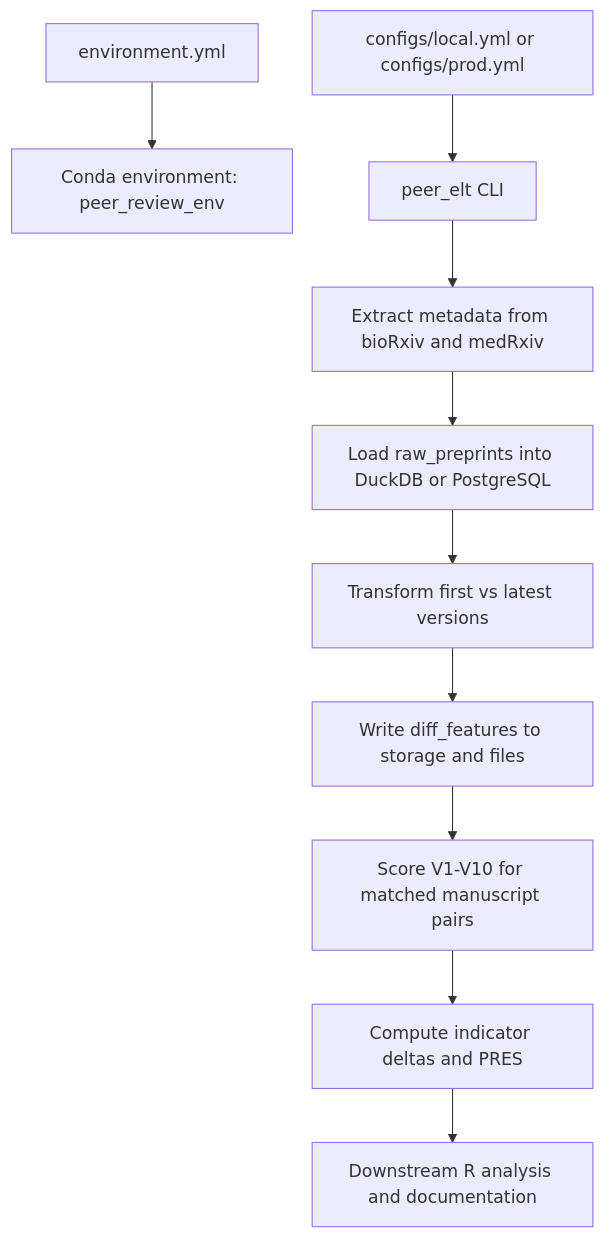
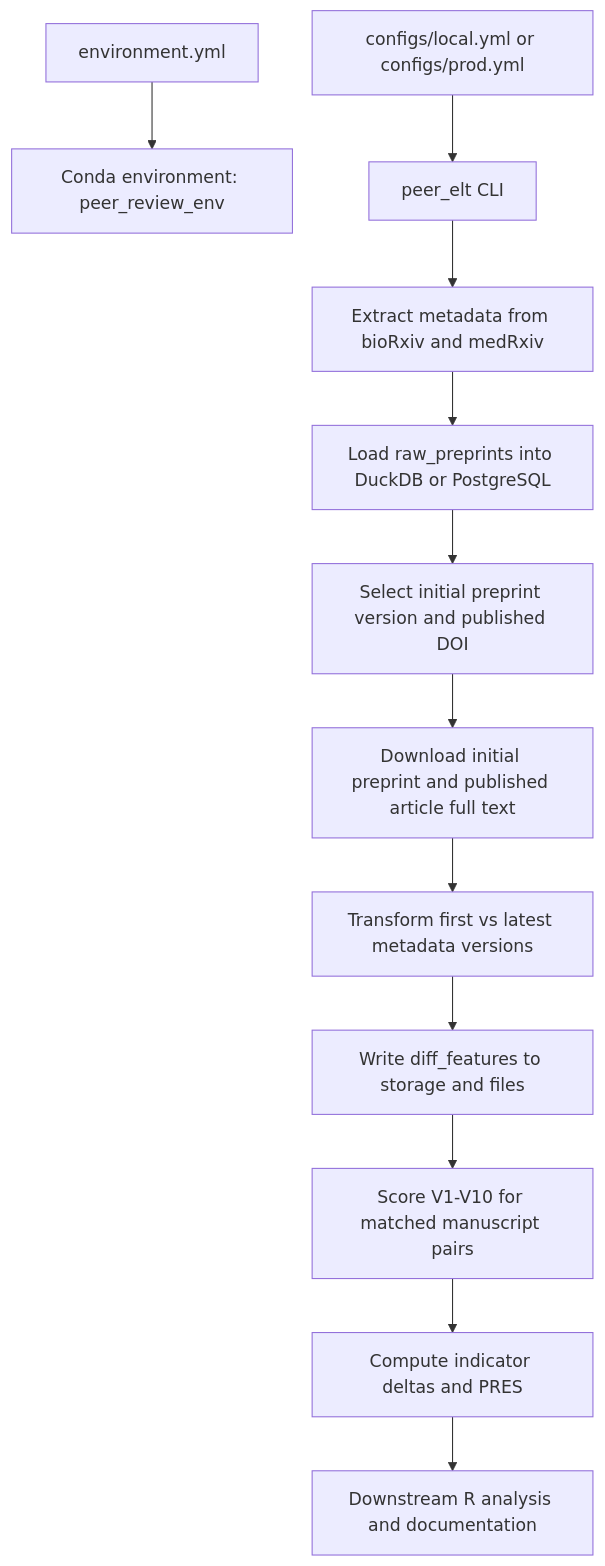
The diagram in README.md (UofC-Research/peer-review), drawn with Mermaid before and after one commit. The commit also changed other lines of this file and 4 other files, not shown here.

First line of the commit message:
feat(acquire): add full-text acquisition for matched manuscript pairs

````diff
--- a/README.md
+++ b/README.md
@@ -14,12 +14,14 @@
 ```mermaid
 flowchart TD
     A[environment.yml] --> B[Conda environment: peer_review_env]
     C[configs/local.yml or configs/prod.yml] --> D[peer_elt CLI]
     D --> E[Extract metadata from bioRxiv and medRxiv]
     E --> F[Load raw_preprints into DuckDB or PostgreSQL]
-    F --> G[Transform first vs latest versions]
-    G --> H[Write diff_features to storage and files]
-    H --> I[Score V1-V10 for matched manuscript pairs]
-    I --> J[Compute indicator deltas and PRES]
-    J --> K[Downstream R analysis and documentation]
+    F --> G[Select initial preprint version and published DOI]
+    G --> H[Download initial preprint and published article full text]
+    H --> I[Transform first vs latest metadata versions]
+    I --> J[Write diff_features to storage and files]
+    J --> K[Score V1-V10 for matched manuscript pairs]
+    K --> L[Compute indicator deltas and PRES]
+    L --> M[Downstream R analysis and documentation]
 ```
````
